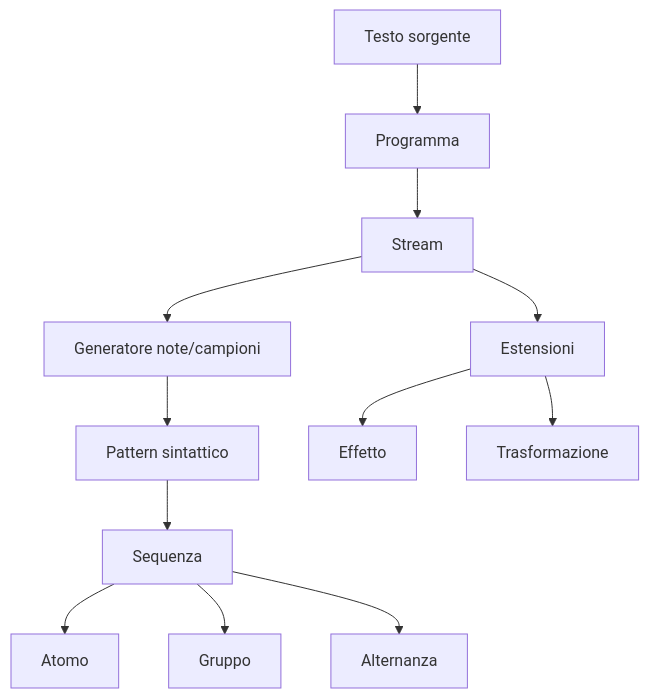
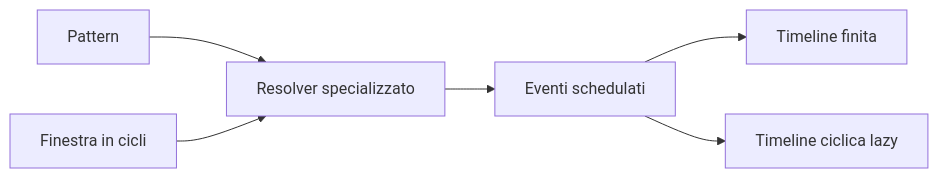
One commit to Morsu7/PPS-26-SoundCode changed the second of 4 diagrams in docs/05-design-di-dettaglio.md. Above: the diagram before and after it, drawn with Mermaid. The commit also changed other lines of this file and 2 other files, not shown here.

````diff
--- a/docs/05-design-di-dettaglio.md
+++ b/docs/05-design-di-dettaglio.md
@@ -9,14 +61,8 @@
 ```mermaid
-flowchart TD
-    Source[Testo sorgente] --> Program[Programma]
-    Program --> Stream[Stream]
-    Stream --> Generator[Generatore note/campioni]
-    Stream --> Extension[Estensioni]
-    Generator --> SyntaxPattern[Pattern sintattico]
-    SyntaxPattern --> Seq[Sequenza]
-    Seq --> Atom[Atomo]
-    Seq --> Group[Gruppo]
-    Seq --> Alt[Alternanza]
-    Extension --> Effect[Effetto]
-    Extension --> Transform[Trasformazione]
+flowchart LR
+    P[Pattern] --> R[Resolver specializzato]
+    W[Finestra in cicli] --> R
+    R --> E[Eventi schedulati]
+    E --> B[Timeline finita]
+    E --> I[Timeline ciclica lazy]
 ```
````
